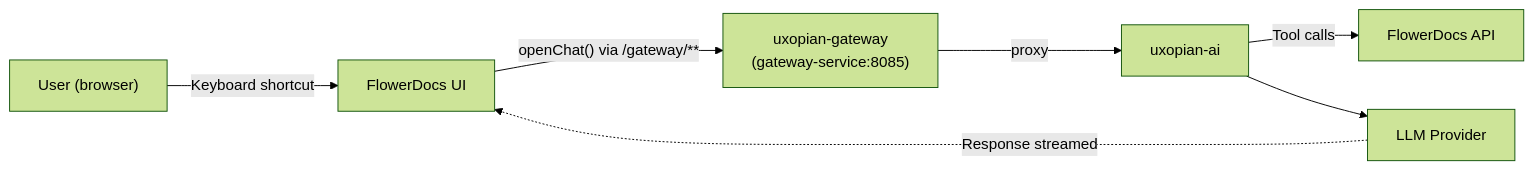
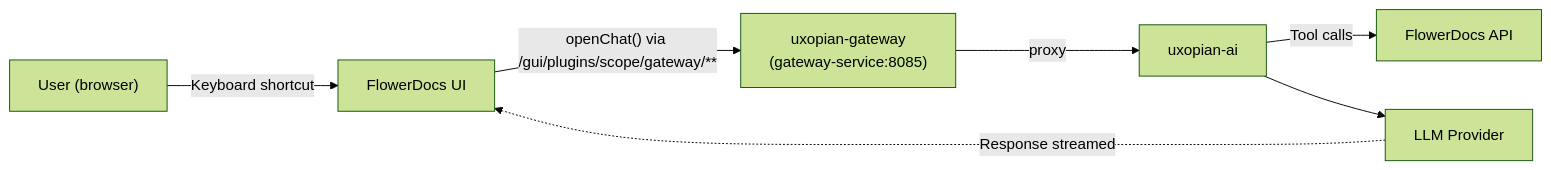
The second of 2 diagrams in docs/uxopian-ai/getting_started/quickstart_flowerdocs.mdx (Uxopian/uxodocs), drawn with Mermaid (forest theme) before and after one commit. The commit also changed other lines of this file and 29 other files, not shown here.

First line of the commit message:
docs(uxopian-ai): fix the FlowerDocs installation path (TMAPR-7144)

````diff
--- a/docs/uxopian-ai/getting_started/quickstart_flowerdocs.mdx
+++ b/docs/uxopian-ai/getting_started/quickstart_flowerdocs.mdx
@@ -104,16 +119,16 @@
 ```mermaid
 flowchart LR
     User["User (browser)"]
     FD["FlowerDocs UI"]
     GW["uxopian-gateway<br/>(gateway-service:8085)"]
     AI["uxopian-ai"]
     FDAPI["FlowerDocs API"]
     LLM["LLM Provider"]
 
     User -->|"Keyboard shortcut"| FD
-    FD -->|"openChat() via /gateway/**"| GW
+    FD -->|"openChat() via /gui/plugins/scope/gateway/**"| GW
     GW -->|"proxy"| AI
     AI -->|"Tool calls"| FDAPI
     AI --> LLM
     LLM -.->|"Response streamed"| FD
 ```
````
